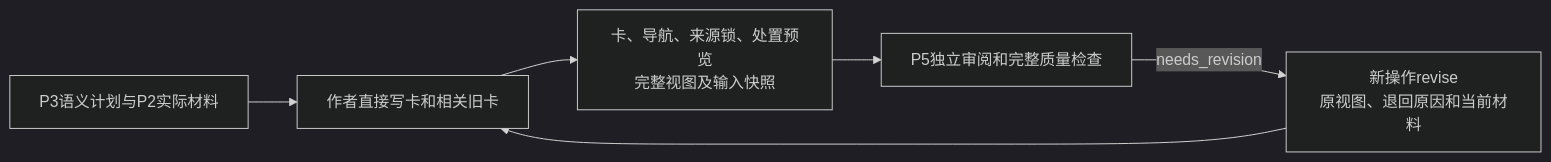
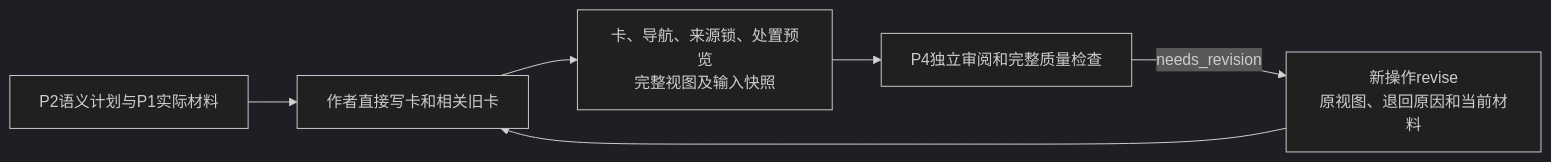
Diagram 15 of 27 in himate/himate-knowledge-wifi-mp/docs-llm-wiki/知识库详细设计.md (Robin-hhc/FactumCore), drawn with Mermaid (dark theme) before and after one commit. The commit also changed other lines of this file and 190 other files, not shown here.

````diff
--- a/himate/himate-knowledge-wifi-mp/docs-llm-wiki/知识库详细设计.md
+++ b/himate/himate-knowledge-wifi-mp/docs-llm-wiki/知识库详细设计.md
@@ -604,8 +610,8 @@
 ```mermaid
 flowchart LR
-    PLAN["P3语义计划与P2实际材料"] --> AUTHOR["作者直接写卡和相关旧卡"]
+    PLAN["P2语义计划与P1实际材料"] --> AUTHOR["作者直接写卡和相关旧卡"]
     AUTHOR --> VIEW["卡、导航、来源锁、处置预览<br/>完整视图及输入快照"]
-    VIEW --> P5["P5独立审阅和完整质量检查"]
-    P5 -->|needs_revision| REVISE["新操作revise<br/>原视图、退回原因和当前材料"]
+    VIEW --> P4["P4独立审阅和完整质量检查"]
+    P4 -->|needs_revision| REVISE["新操作revise<br/>原视图、退回原因和当前材料"]
     REVISE --> AUTHOR
 ```
````
